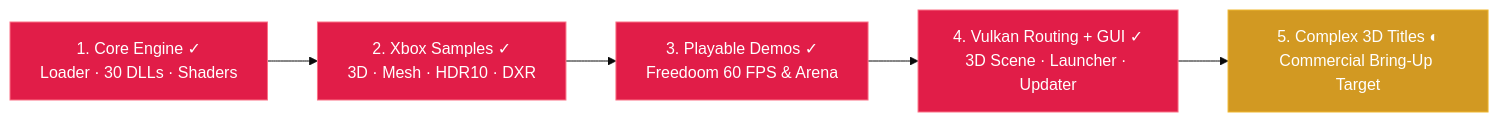
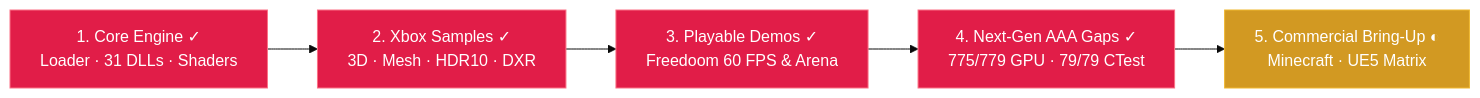
The first of 2 diagrams in README.md (HFASLTO117/OpenScarlett), drawn with Mermaid (base theme) before and after one commit. The commit also changed other lines of this file and 3 other files, not shown here.

Commit message:
docs(readme,status): highlight Sprint 14-15 next-gen AAA gap closure, active Minecraft/UE5 bring-up & updated compatibility row

````diff
--- a/README.md
+++ b/README.md
@@ -24,13 +32,13 @@
 ```mermaid
 flowchart LR
-    S1["1. Core Engine ✓\nLoader · 30 DLLs · Shaders"] --> S2["2. Xbox Samples ✓\n3D · Mesh · HDR10 · DXR"]
+    S1["1. Core Engine ✓\nLoader · 31 DLLs · Shaders"] --> S2["2. Xbox Samples ✓\n3D · Mesh · HDR10 · DXR"]
     S2 --> S3["3. Playable Demos ✓\nFreedoom 60 FPS & Arena"]
-    S3 --> S4["4. Vulkan Routing + GUI ✓\n3D Scene · Launcher · Updater"]
-    S4 --> S5["5. Complex 3D Titles ◐\nCommercial Bring-Up Target"]
+    S3 --> S4["4. Next-Gen AAA Gaps ✓\n775/779 GPU · 79/79 CTest"]
+    S4 --> S5["5. Commercial Bring-Up ◐\nMinecraft · UE5 Matrix"]
 
     style S1 fill:#e11d48,stroke:#fb7185,color:#ffffff
     style S2 fill:#e11d48,stroke:#fb7185,color:#ffffff
     style S3 fill:#e11d48,stroke:#fb7185,color:#ffffff
     style S4 fill:#e11d48,stroke:#fb7185,color:#ffffff
     style S5 fill:#d29922,stroke:#f0b72f,color:#ffffff
 ```
````
